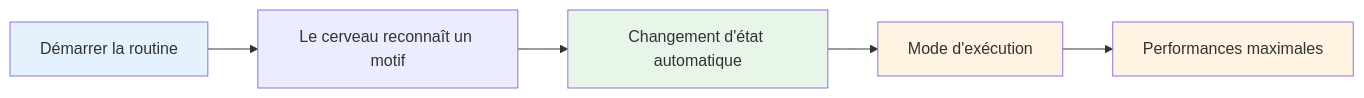
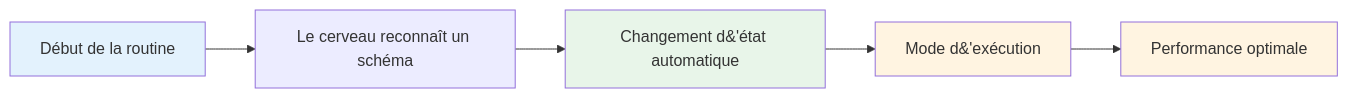
The diagram in docs/fr/education/mental-strength/pre-shot-routine.md (patwii/petanque-academy), drawn with Mermaid before and after one commit. The commit also changed other lines of this file and 532 other files, not shown here.

````diff
--- a/docs/fr/education/mental-strength/pre-shot-routine.md
+++ b/docs/fr/education/mental-strength/pre-shot-routine.md
@@ -11,12 +11,12 @@
 ```mermaid
 graph LR
-    A[Démarrer la routine] --> B[Le cerveau reconnaît un motif]
-    B --> C[Changement d'état automatique]
-    C --> D[Mode d'exécution]
-    D --> E[Performances maximales]
+    A[Début de la routine] --> B[Le cerveau reconnaît un schéma]
+    B --> C[Changement d&#39;état automatique]
+    C --> D[Mode d&#39;exécution]
+    D --> E[Performance optimale]
 
     style A fill:#e3f2fd
     style C fill:#e8f5e9
     style D fill:#fff4e1
     style E fill:#fff4e1
 ```
````
